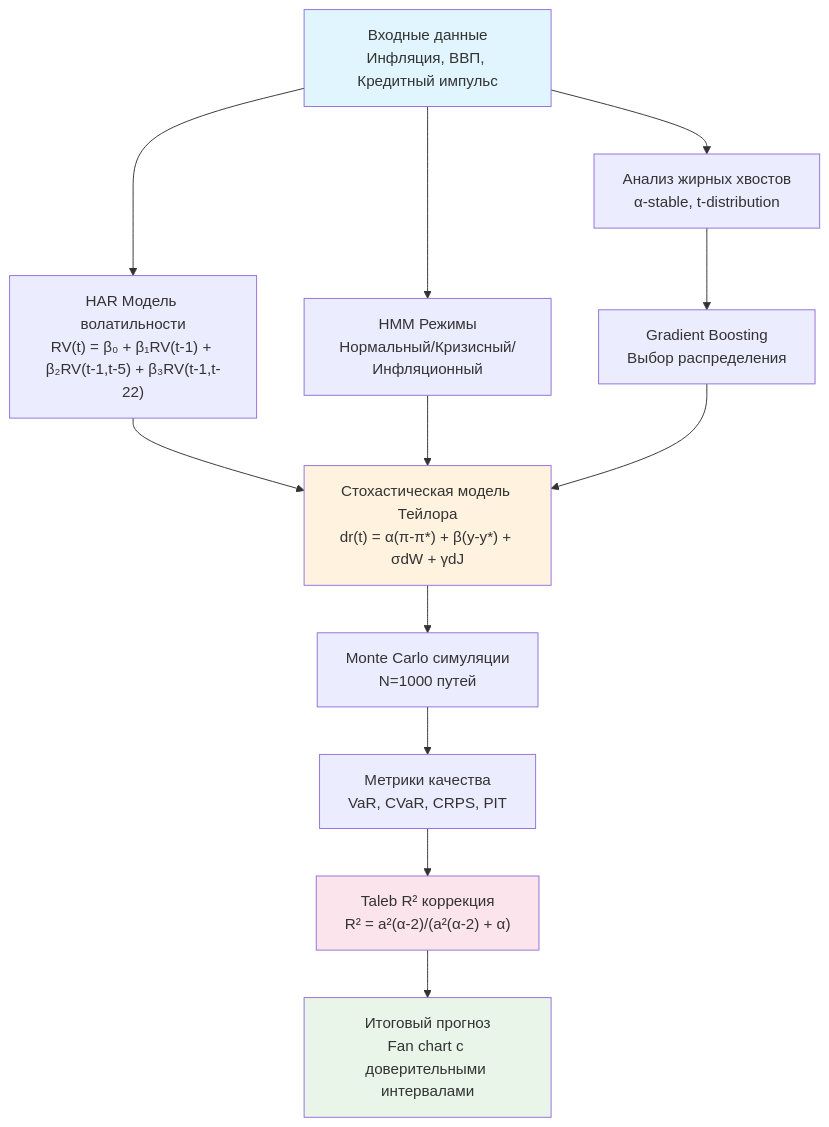
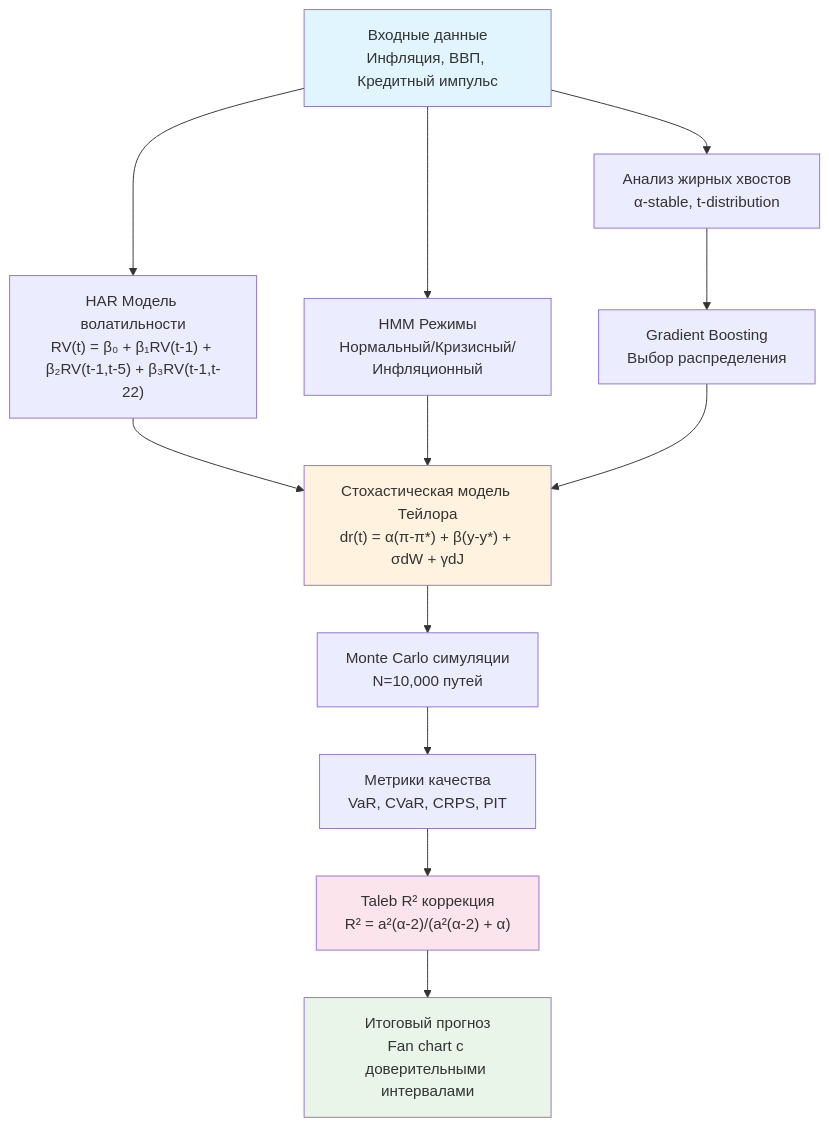
Before and after one commit to nikserbur/CBModelsStohastic: the first of 4 diagrams in README.md, drawn with Mermaid. The commit also changed other lines of this file and 2 other files, not shown here.

````diff
--- a/README.md
+++ b/README.md
@@ -28,22 +39,22 @@
 ```mermaid
 graph TD
     A["Входные данные<br/>Инфляция, ВВП, Кредитный импульс"] --> B["Анализ жирных хвостов<br/>α-stable, t-distribution"]
     A --> C["HAR Модель волатильности<br/>RV(t) = β₀ + β₁RV(t-1) + β₂RV(t-1,t-5) + β₃RV(t-1,t-22)"]
     A --> D["HMM Режимы<br/>Нормальный/Кризисный/Инфляционный"]
     
     B --> E["Gradient Boosting<br/>Выбор распределения"]
     C --> F["Стохастическая модель Тейлора<br/>dr(t) = α(π-π*) + β(y-y*) + σdW + γdJ"]
     D --> F
     E --> F
     
-    F --> G["Monte Carlo симуляции<br/>N=1000 путей"]
+    F --> G["Monte Carlo симуляции<br/>N=10,000 путей"]
     G --> H["Метрики качества<br/>VaR, CVaR, CRPS, PIT"]
     H --> I["Taleb R² коррекция<br/>R² = a²(α-2)/(a²(α-2) + α)"]
     
     I --> J["Итоговый прогноз<br/>Fan chart с доверительными интервалами"]
     
     style A fill:#e1f5fe
     style F fill:#fff3e0
     style J fill:#e8f5e8
     style I fill:#fce4ec
 ```
````
